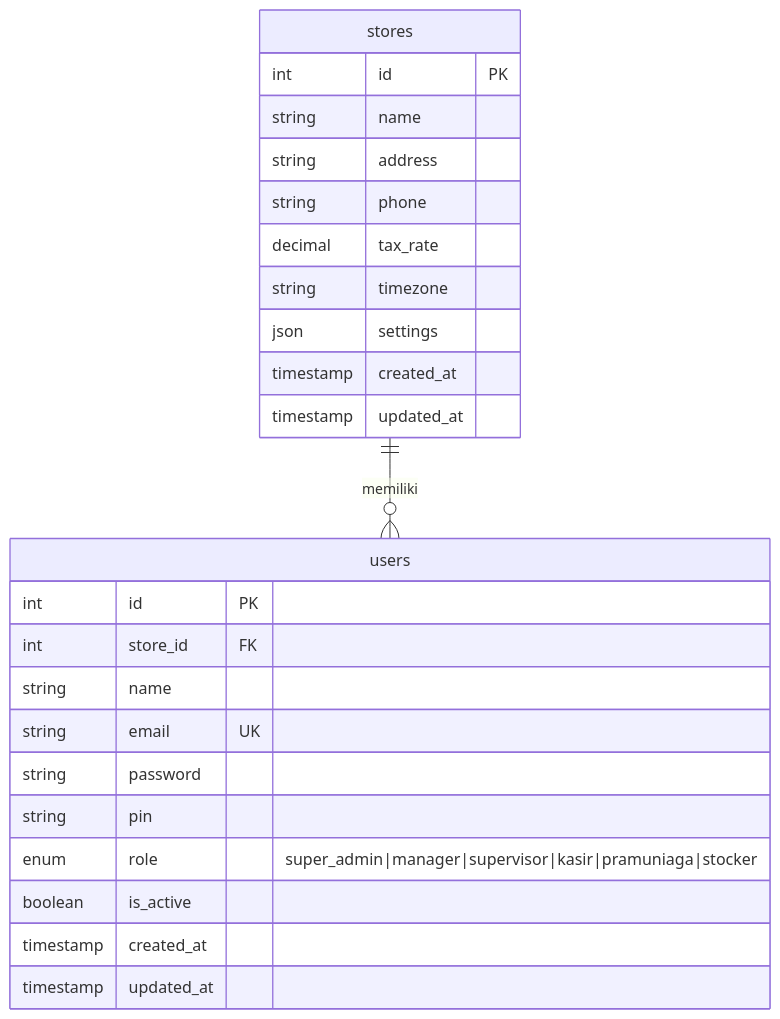
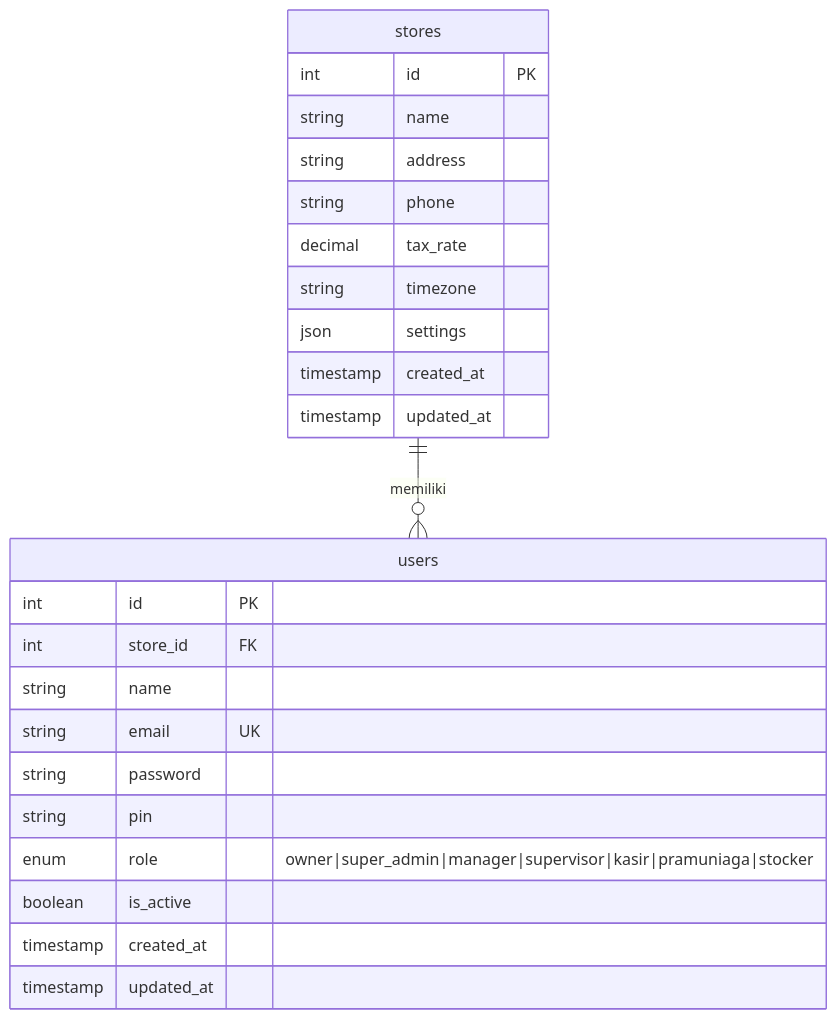
The first of 5 diagrams in 1. Desain Sistem (SAD) /ERD_POS.md (keyvano07/SISTEM-POINT-OF-SALE-KEPOS-), drawn with Mermaid before and after one commit. The commit also changed other lines of this file and 51 other files, not shown here.

````diff
--- a/1. Desain Sistem (SAD) /ERD_POS.md
+++ b/1. Desain Sistem (SAD) /ERD_POS.md
@@ -34,29 +34,29 @@
 ```mermaid
 erDiagram
     stores {
         int id PK
         string name
         string address
         string phone
         decimal tax_rate
         string timezone
         json settings
         timestamp created_at
         timestamp updated_at
     }
 
     users {
         int id PK
         int store_id FK
         string name
         string email UK
         string password
         string pin
-        enum role "super_admin|manager|supervisor|kasir|pramuniaga|stocker"
+        enum role "owner|super_admin|manager|supervisor|kasir|pramuniaga|stocker"
         boolean is_active
         timestamp created_at
         timestamp updated_at
     }
 
     stores ||--o{ users : "memiliki"
 ```
````
